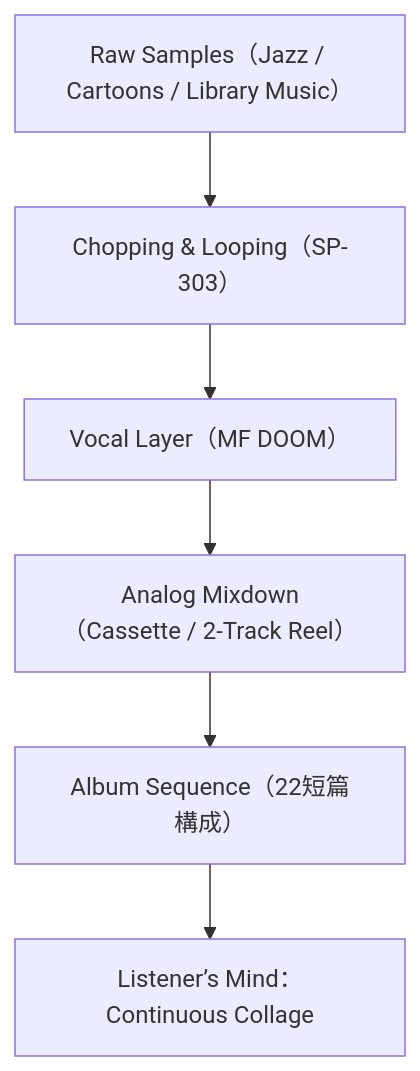
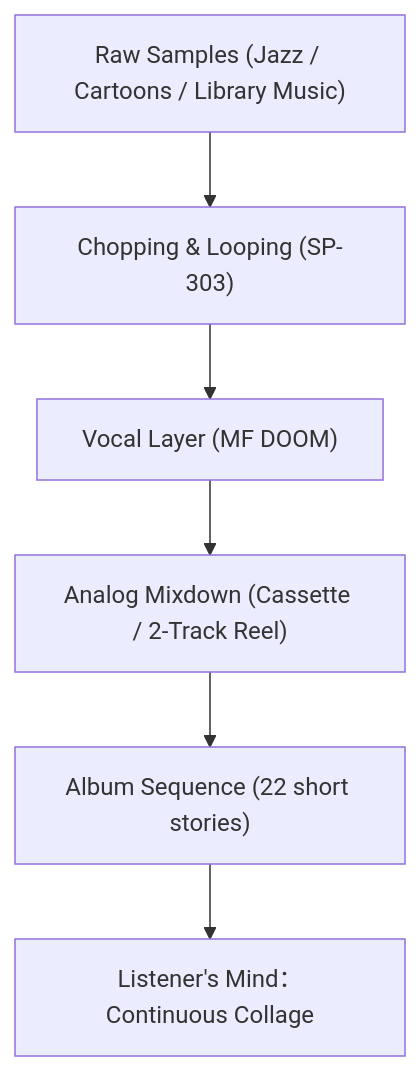
The second of 2 diagrams in en/_posts/2025-10-29-column-madvillain-madvillainy.md (monumental-movement/monumental-movement.github.io), drawn with Mermaid before and after one commit. The commit also changed other lines of this file and 1631 other files, not shown here.

```diff
--- a/en/_posts/2025-10-29-column-madvillain-madvillainy.md
+++ b/en/_posts/2025-10-29-column-madvillain-madvillainy.md
@@ -192,13 +191,13 @@
 <div class="mermaid">
 
 flowchart TD
-    A["Raw Samples（Jazz / Cartoons / Library Music）"]
-    B["Chopping & Looping（SP-303）"]
-    C["Vocal Layer（MF DOOM）"]
-    D["Analog Mixdown（Cassette / 2-Track Reel）"]
-    E["Album Sequence（22短篇構成）"]
-    F["Listener’s Mind：Continuous Collage"]
+    A["Raw Samples (Jazz / Cartoons / Library Music)"]
+    B["Chopping & Looping (SP-303)"]
+    C["Vocal Layer (MF DOOM)"]
+    D["Analog Mixdown (Cassette / 2-Track Reel)"]
+    E["Album Sequence (22 short stories)"]
+    F["Listener's Mind：Continuous Collage"]
 
-    A --> B --> C --> D --> E --> F
+A --> B --> C --> D --> E --> F
 
 </div>
```
